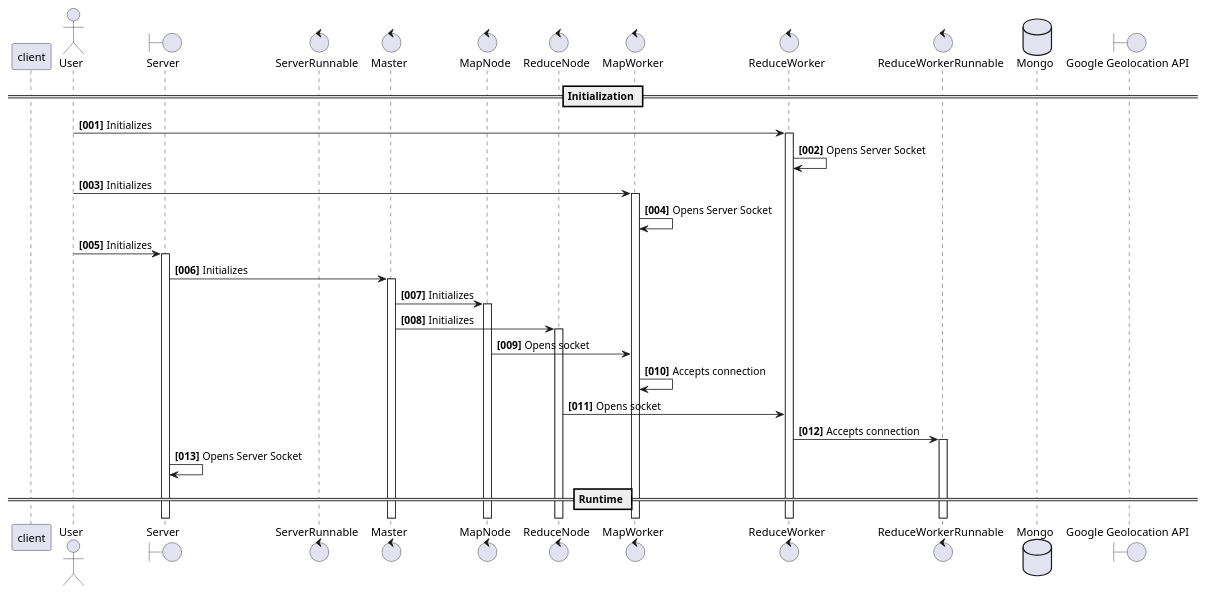
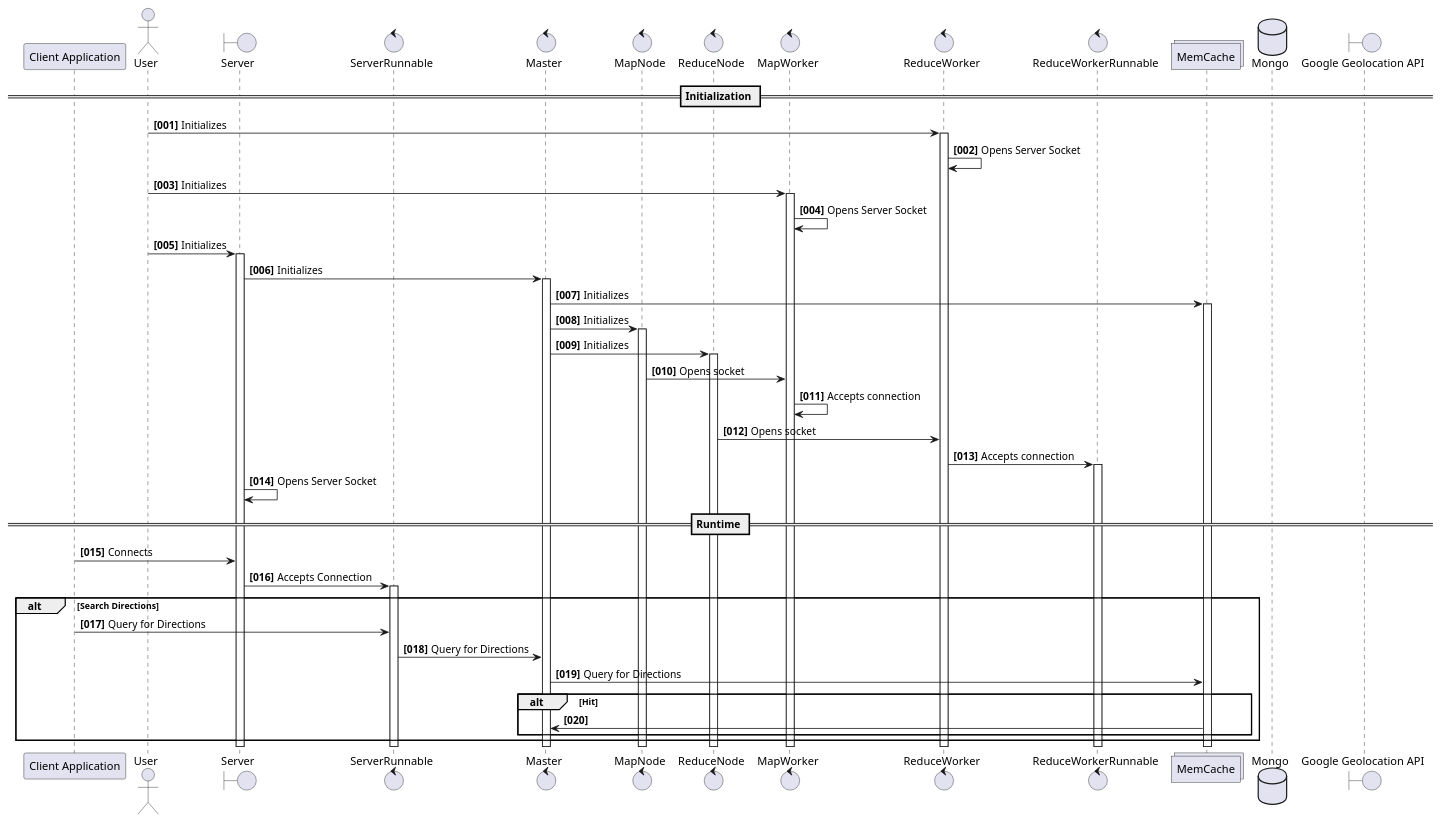
Before and after one commit to steve-papadogiannis/dist-sys-server-java: the diagram in diagrams/uml/sequence/lifecycle.plantuml, drawn with PlantUML.

Commit message:
Amending the diagram.

```diff
--- a/diagrams/uml/sequence/lifecycle.plantuml
+++ b/diagrams/uml/sequence/lifecycle.plantuml
@@ -1,53 +1,76 @@
 @startuml
-participant client
+participant "Client Application" as Client
 actor User
 boundary Server
 control ServerRunnable
 control Master
 control MapNode
 control ReduceNode
 control MapWorker
 control ReduceWorker
 control ReduceWorkerRunnable
+collections MemCache
 database Mongo
 boundary "Google Geolocation API" as GGA
 autonumber "<b>[000]"
 
 == Initialization ==
 
 User -> ReduceWorker : Initializes
 activate ReduceWorker
 
 ReduceWorker -> ReduceWorker : Opens Server Socket
 
 User -> MapWorker : Initializes
 activate MapWorker
 
 MapWorker -> MapWorker : Opens Server Socket
 
 User -> Server: Initializes
 activate Server
 
 Server -> Master : Initializes
 activate Master
 
+Master -> MemCache : Initializes
+activate MemCache
+
 Master -> MapNode : Initializes
 activate MapNode
 
 Master -> ReduceNode : Initializes
 activate ReduceNode
 
 MapNode -> MapWorker : Opens socket
 
 MapWorker -> MapWorker : Accepts connection
 
 ReduceNode -> ReduceWorker : Opens socket
 
 ReduceWorker -> ReduceWorkerRunnable : Accepts connection
 activate ReduceWorkerRunnable
 
 Server -> Server : Opens Server Socket
 
 == Runtime ==
 
+Client -> Server : Connects
+
+Server -> ServerRunnable : Accepts Connection
+activate ServerRunnable
+
+alt Search Directions
+
+Client -> ServerRunnable : Query for Directions
+
+ServerRunnable -> Master : Query for Directions
+
+Master -> MemCache : Query for Directions
+
+alt Hit
+
+MemCache -> Master :
+
+end
+end
 @enduml
```
